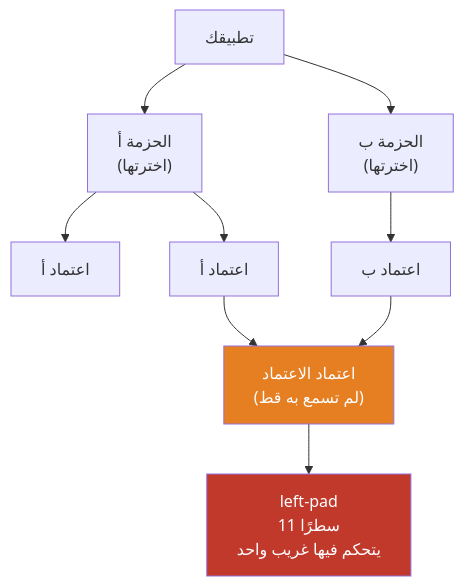
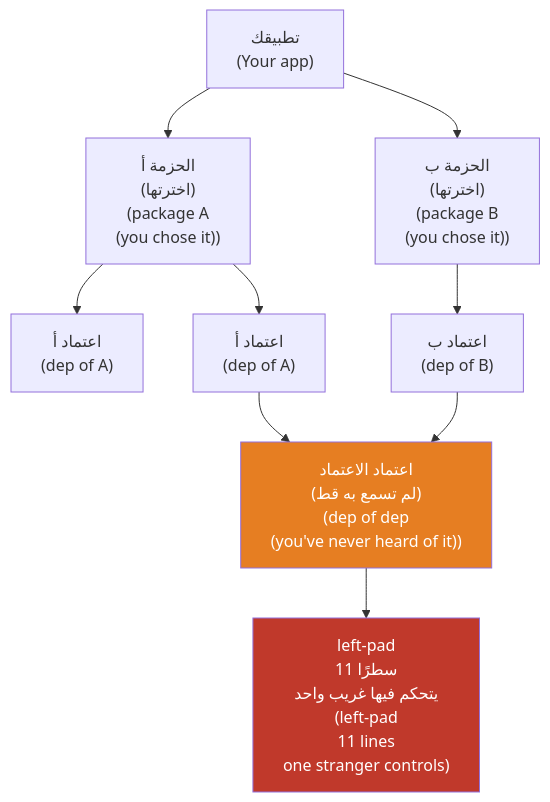
The fourth of 5 diagrams in modules/08-safety-nets/module.ar.md (Tamoura/system-design-for-vibe-coders), drawn with Mermaid before and after one commit. The commit also changed other lines of this file and 62 other files, not shown here.

First line of the commit message:
Arabic editions: English on every diagram label, RTL fixes, rebuild

````diff
--- a/modules/08-safety-nets/module.ar.md
+++ b/modules/08-safety-nets/module.ar.md
@@ -515,13 +515,13 @@
 ```mermaid
 flowchart TD
-    YOU["تطبيقك"] --> A["الحزمة أ<br/>(اخترتها)"]
-    YOU --> B["الحزمة ب<br/>(اخترتها)"]
-    A --> A1["اعتماد أ"]
-    A --> A2["اعتماد أ"]
-    A2 --> A3["اعتماد الاعتماد<br/>(لم تسمع به قط)"]
-    B --> B1["اعتماد ب"]
+    YOU["تطبيقك<br/>(Your app)"] --> A["الحزمة أ<br/>(اخترتها)<br/>(package A<br/>(you chose it))"]
+    YOU --> B["الحزمة ب<br/>(اخترتها)<br/>(package B<br/>(you chose it))"]
+    A --> A1["اعتماد أ<br/>(dep of A)"]
+    A --> A2["اعتماد أ<br/>(dep of A)"]
+    A2 --> A3["اعتماد الاعتماد<br/>(لم تسمع به قط)<br/>(dep of dep<br/>(you've never heard of it))"]
+    B --> B1["اعتماد ب<br/>(dep of B)"]
     B1 --> A3
-    A3 --> LP["left-pad<br/>11 سطرًا<br/>يتحكم فيها غريب واحد"]
+    A3 --> LP["left-pad<br/>11 سطرًا<br/>يتحكم فيها غريب واحد<br/>(left-pad<br/>11 lines<br/>one stranger controls)"]
     style LP fill:#c0392b,color:#fff
     style A3 fill:#e67e22,color:#fff
 ```
````
